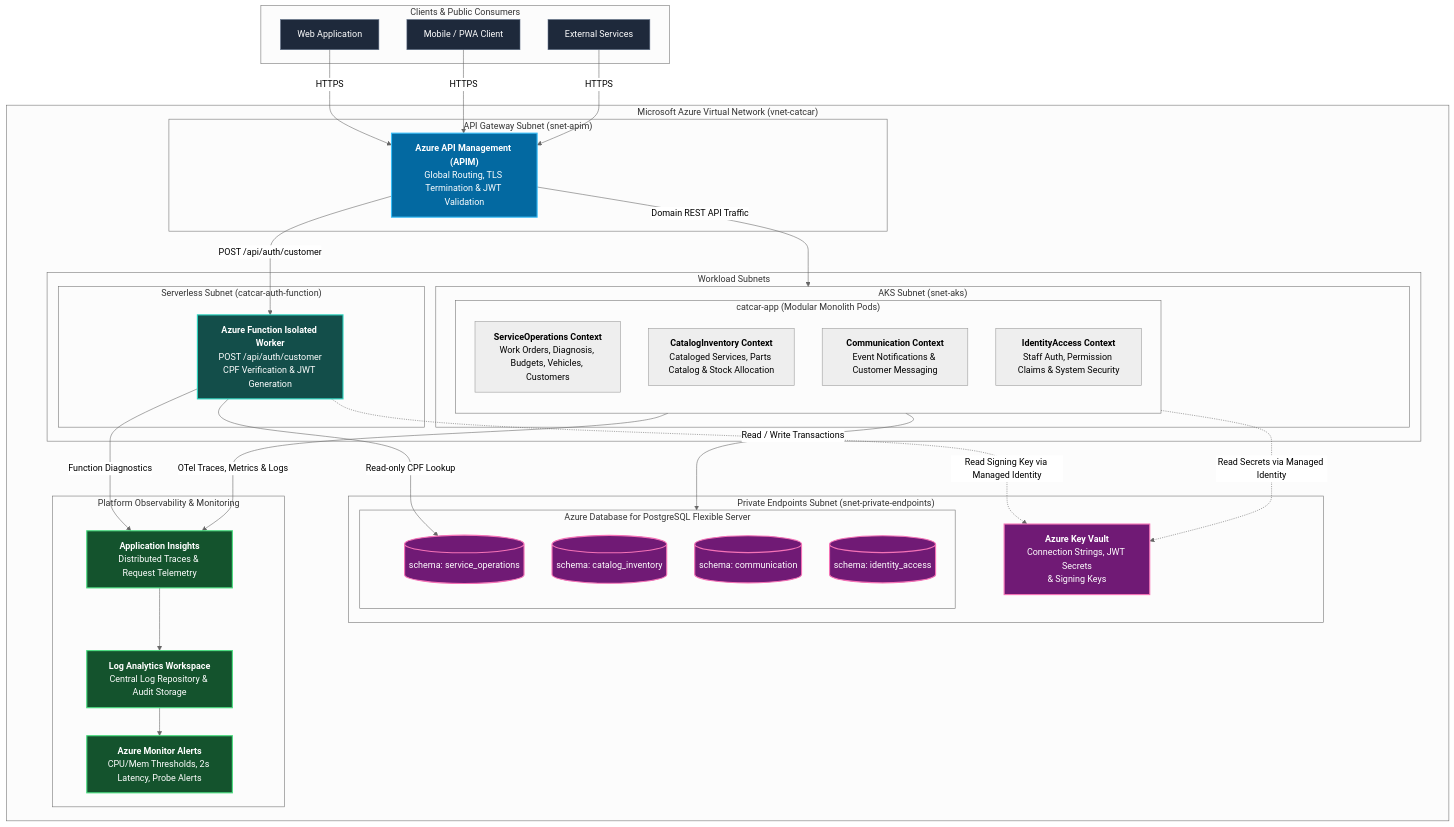
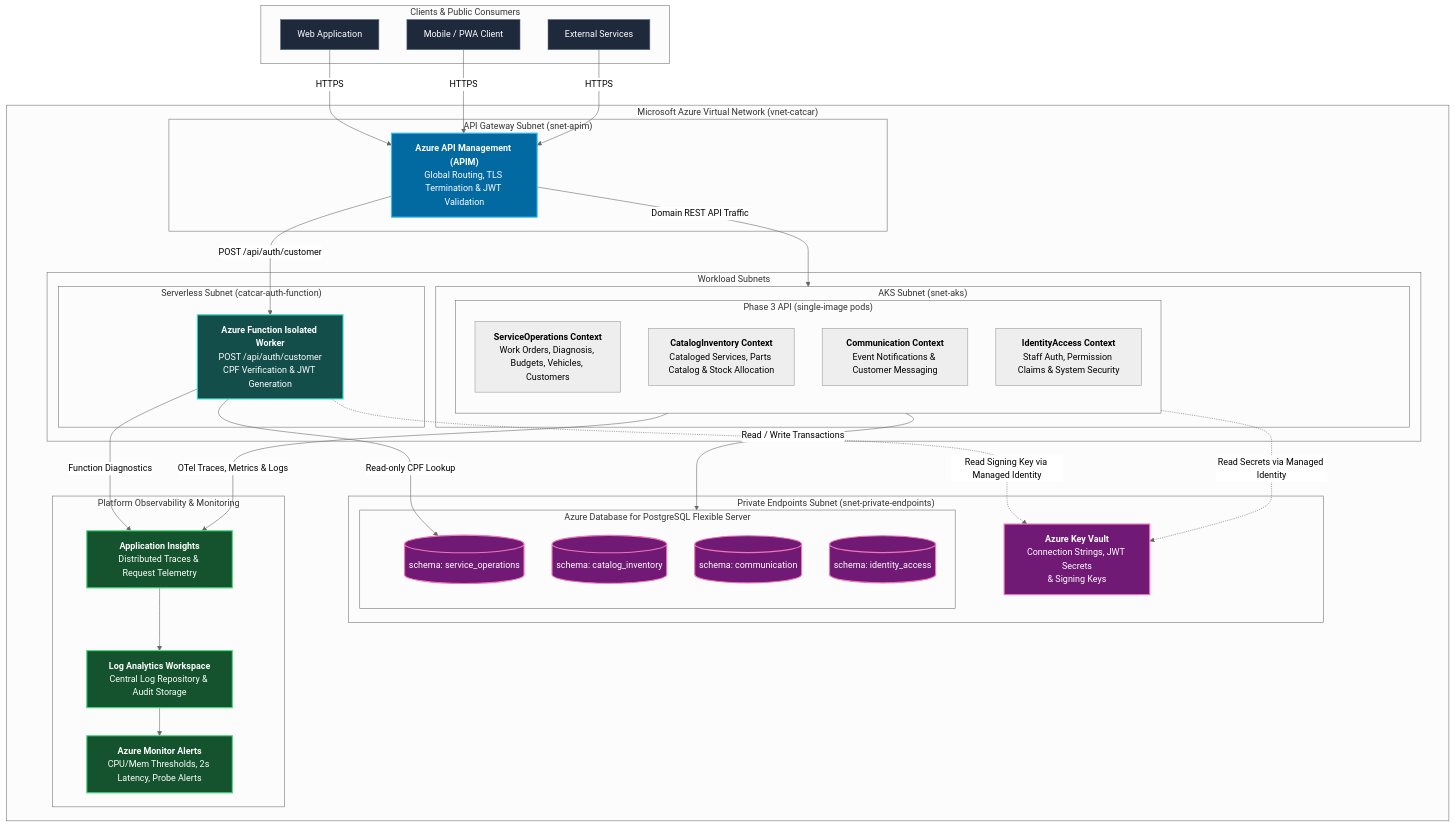
The third of 3 diagrams in README.md (RiseOn-CatCar/catcar-platform), drawn with Mermaid (neutral theme) before and after one commit. The commit also changed other lines of this file and 6 other files, not shown here.

````diff
--- a/README.md
+++ b/README.md
@@ -87,71 +153,71 @@
 ```mermaid
 flowchart TB
     classDef client fill:#1e293b,stroke:#64748b,stroke-width:1px,color:#fff;
     classDef apim fill:#0369a1,stroke:#38bdf8,stroke-width:2px,color:#fff;
     classDef k8s fill:#1e1b4b,stroke:#818cf8,stroke-width:2px,color:#fff;
     classDef fn fill:#134e4a,stroke:#2dd4bf,stroke-width:2px,color:#fff;
     classDef data fill:#701a75,stroke:#f472b6,stroke-width:2px,color:#fff;
     classDef obs fill:#14532d,stroke:#4ade80,stroke-width:2px,color:#fff;
 
     subgraph Clients["Clients & Public Consumers"]
         Browser["Web Application"]:::client
         Mobile["Mobile / PWA Client"]:::client
         External["External Services"]:::client
     end
 
     subgraph Azure["Microsoft Azure Virtual Network (vnet-catcar)"]
         subgraph GatewaySubnet["API Gateway Subnet (snet-apim)"]
             APIM["<b>Azure API Management (APIM)</b><br/>Global Routing, TLS Termination & JWT Validation"]:::apim
         end
 
         subgraph ComputeSubnet["Workload Subnets"]
             subgraph AKSSubnet["AKS Subnet (snet-aks)"]
-                subgraph AppPod["catcar-app (Modular Monolith Pods)"]
+                subgraph AppPod["Phase 3 API (single-image pods)"]
                     direction TB
                     BC_SO["<b>ServiceOperations Context</b><br/>Work Orders, Diagnosis, Budgets, Vehicles, Customers"]
                     BC_CI["<b>CatalogInventory Context</b><br/>Cataloged Services, Parts Catalog & Stock Allocation"]
                     BC_CO["<b>Communication Context</b><br/>Event Notifications & Customer Messaging"]
                     BC_IA["<b>IdentityAccess Context</b><br/>Staff Auth, Permission Claims & System Security"]
                 end
             end
 
             subgraph FunctionSubnet["Serverless Subnet (catcar-auth-function)"]
                 AuthFn["<b>Azure Function Isolated Worker</b><br/>POST /api/auth/customer<br/>CPF Verification & JWT Generation"]:::fn
             end
         end
 
         subgraph PrivateDataSubnet["Private Endpoints Subnet (snet-private-endpoints)"]
             KV["<b>Azure Key Vault</b><br/>Connection Strings, JWT Secrets<br/>& Signing Keys"]:::data
             
             subgraph PostgresServer["Azure Database for PostgreSQL Flexible Server"]
                 SchemaSO[("schema: service_operations")]:::data
                 SchemaCI[("schema: catalog_inventory")]:::data
                 SchemaCO[("schema: communication")]:::data
                 SchemaIA[("schema: identity_access")]:::data
             end
         end
 
         subgraph ObservabilityLayer["Platform Observability & Monitoring"]
             AppInsights["<b>Application Insights</b><br/>Distributed Traces & Request Telemetry"]:::obs
             LogAnalytics["<b>Log Analytics Workspace</b><br/>Central Log Repository & Audit Storage"]:::obs
             Alerts["<b>Azure Monitor Alerts</b><br/>CPU/Mem Thresholds, 2s Latency, Probe Alerts"]:::obs
         end
     end
 
     Browser -->|HTTPS| APIM
     Mobile -->|HTTPS| APIM
     External -->|HTTPS| APIM
 
     APIM -->|POST /api/auth/customer| AuthFn
     APIM -->|Domain REST API Traffic| AKSSubnet
 
     AppPod -->|Read / Write Transactions| PostgresServer
     AuthFn -->|Read-only CPF Lookup| SchemaSO
     AppPod -.->|Read Secrets via Managed Identity| KV
     AuthFn -.->|Read Signing Key via Managed Identity| KV
 
     AppPod -->|OTel Traces, Metrics & Logs| AppInsights
     AuthFn -->|Function Diagnostics| AppInsights
     AppInsights --> LogAnalytics
     LogAnalytics --> Alerts
 ```
````
